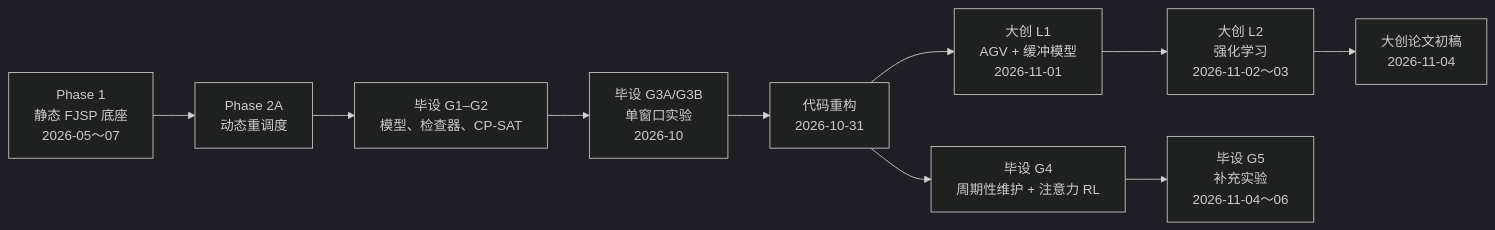
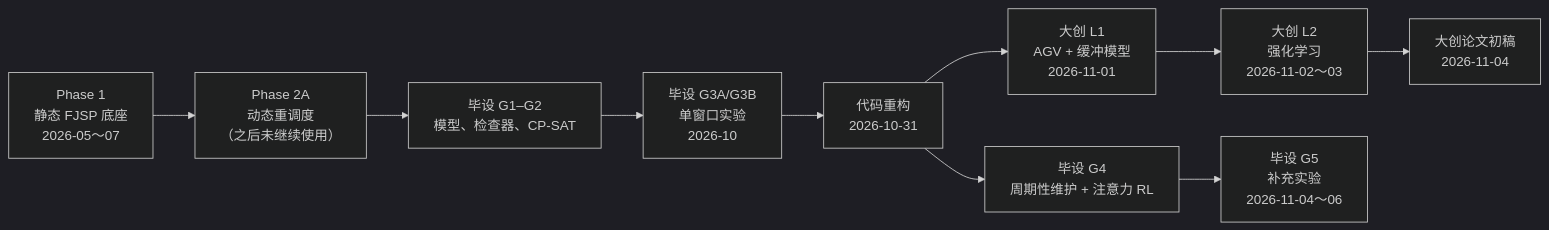
The seventh of 7 diagrams in docs/overview.md (i-m-a-g-nation/fjsp-agv-rl-research), drawn with Mermaid (dark theme) before and after one commit. The commit also changed other lines of this file and 4 other files, not shown here.

````diff
--- a/docs/overview.md
+++ b/docs/overview.md
@@ -197,12 +208,12 @@
 ```mermaid
 flowchart LR
-    P1["Phase 1<br/>静态 FJSP 底座<br/>2026-05～07"] --> P2["Phase 2A<br/>动态重调度"]
+    P1["Phase 1<br/>静态 FJSP 底座<br/>2026-05～07"] --> P2["Phase 2A<br/>动态重调度<br/>（之后未继续使用）"]
     P2 --> G12["毕设 G1–G2<br/>模型、检查器、CP-SAT"]
     G12 --> G3["毕设 G3A/G3B<br/>单窗口实验<br/>2026-10"]
     G3 --> RS["代码重构<br/>2026-10-31"]
     RS --> G4["毕设 G4<br/>周期性维护 + 注意力 RL"]
     RS --> L1["大创 L1<br/>AGV + 缓冲模型<br/>2026-11-01"]
     L1 --> L2["大创 L2<br/>强化学习<br/>2026-11-02～03"]
     G4 --> G5["毕设 G5<br/>补充实验<br/>2026-11-04～06"]
     L2 --> PAPER["大创论文初稿<br/>2026-11-04"]
 ```
````
